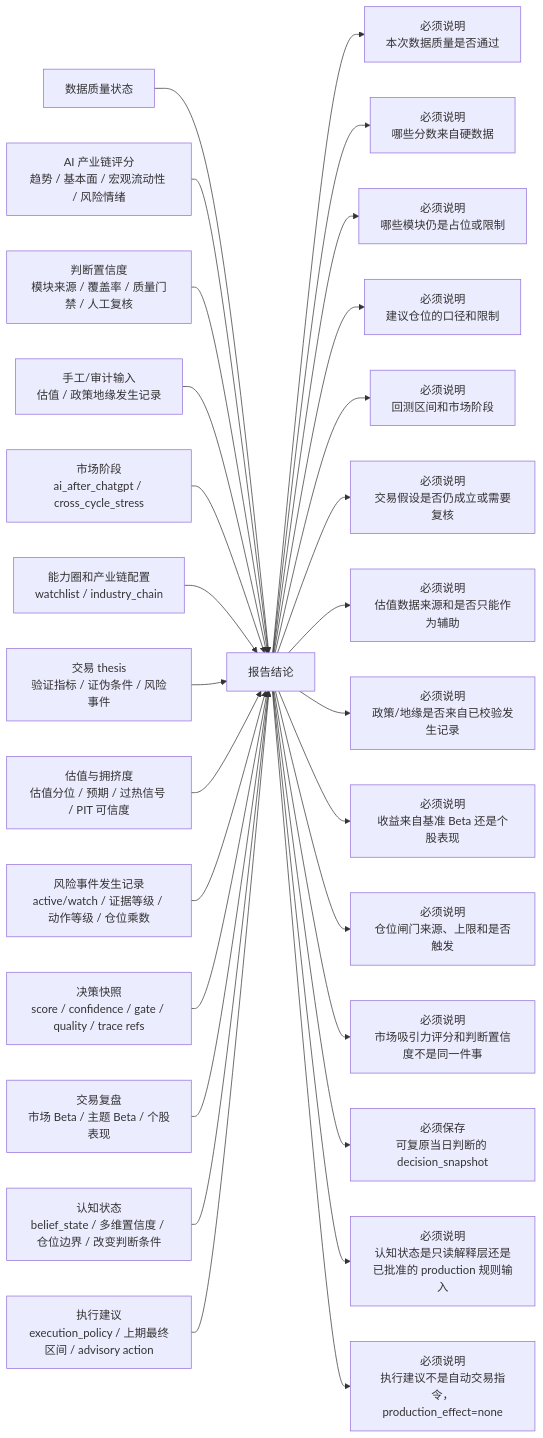
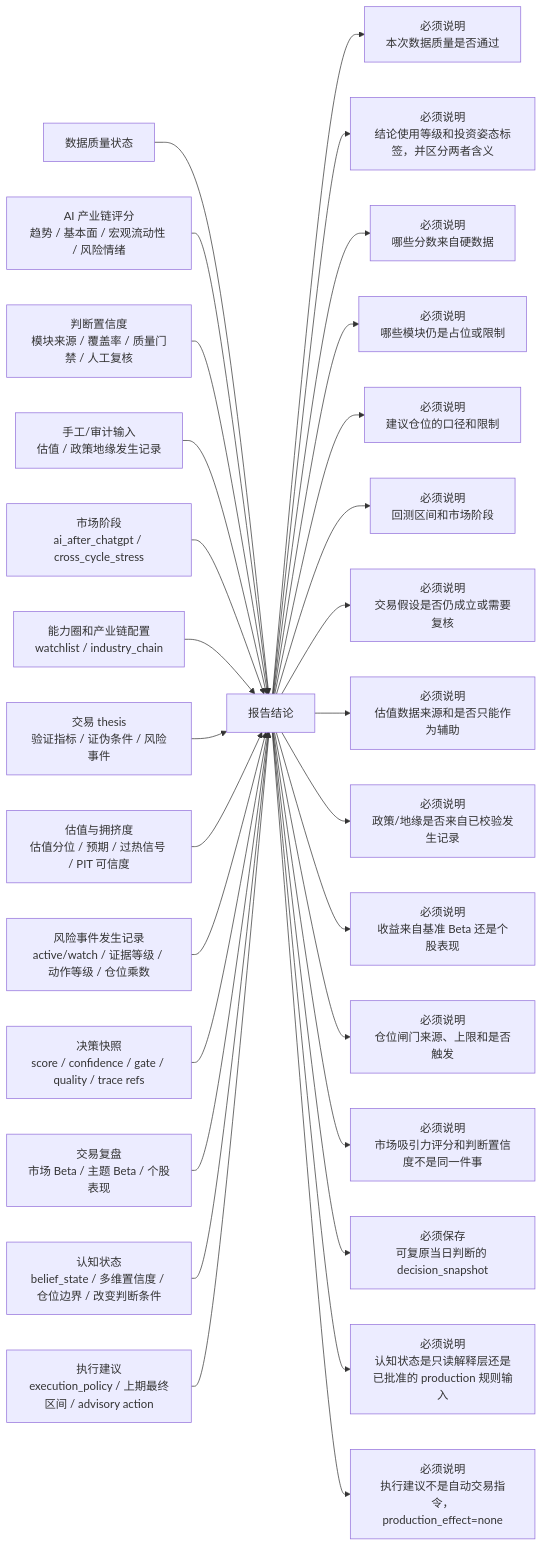
The fourth of 6 diagrams in docs/system_flow.md (AI-Trading-Collaboration/AITradingSystem), drawn with Mermaid before and after one commit. The commit also changed other lines of this file and 8 other files, not shown here.

````diff
--- a/docs/system_flow.md
+++ b/docs/system_flow.md
@@ -609,31 +609,32 @@
 ```mermaid
 flowchart LR
     A["数据质量状态"] --> E["报告结论"]
     B["AI 产业链评分<br/>趋势 / 基本面 / 宏观流动性 / 风险情绪"] --> E
     C2["判断置信度<br/>模块来源 / 覆盖率 / 质量门禁 / 人工复核"] --> E
     C["手工/审计输入<br/>估值 / 政策地缘发生记录"] --> E
     D["市场阶段<br/>ai_after_chatgpt / cross_cycle_stress"] --> E
     F["能力圈和产业链配置<br/>watchlist / industry_chain"] --> E
     L["交易 thesis<br/>验证指标 / 证伪条件 / 风险事件"] --> E
     N["估值与拥挤度<br/>估值分位 / 预期 / 过热信号 / PIT 可信度"] --> E
     Q["风险事件发生记录<br/>active/watch / 证据等级 / 动作等级 / 仓位乘数"] --> E
     U2["决策快照<br/>score / confidence / gate / quality / trace refs"] --> E
     P["交易复盘<br/>市场 Beta / 主题 Beta / 个股表现"] --> E
     S["认知状态<br/>belief_state / 多维置信度 / 仓位边界 / 改变判断条件"] --> E
     X["执行建议<br/>execution_policy / 上期最终区间 / advisory action"] --> E
 
     E --> G["必须说明<br/>本次数据质量是否通过"]
+    E --> V2["必须说明<br/>结论使用等级和投资姿态标签，并区分两者含义"]
     E --> H["必须说明<br/>哪些分数来自硬数据"]
     E --> I["必须说明<br/>哪些模块仍是占位或限制"]
     E --> J["必须说明<br/>建议仓位的口径和限制"]
     E --> K["必须说明<br/>回测区间和市场阶段"]
     E --> M["必须说明<br/>交易假设是否仍成立或需要复核"]
     E --> O["必须说明<br/>估值数据来源和是否只能作为辅助"]
     E --> Q2["必须说明<br/>政策/地缘是否来自已校验发生记录"]
     E --> P2["必须说明<br/>收益来自基准 Beta 还是个股表现"]
     E --> R2["必须说明<br/>仓位闸门来源、上限和是否触发"]
     E --> T2["必须说明<br/>市场吸引力评分和判断置信度不是同一件事"]
     E --> U3["必须保存<br/>可复原当日判断的 decision_snapshot"]
     E --> S2["必须说明<br/>认知状态是只读解释层还是已批准的 production 规则输入"]
     E --> X2["必须说明<br/>执行建议不是自动交易指令，production_effect=none"]
 ```
````
